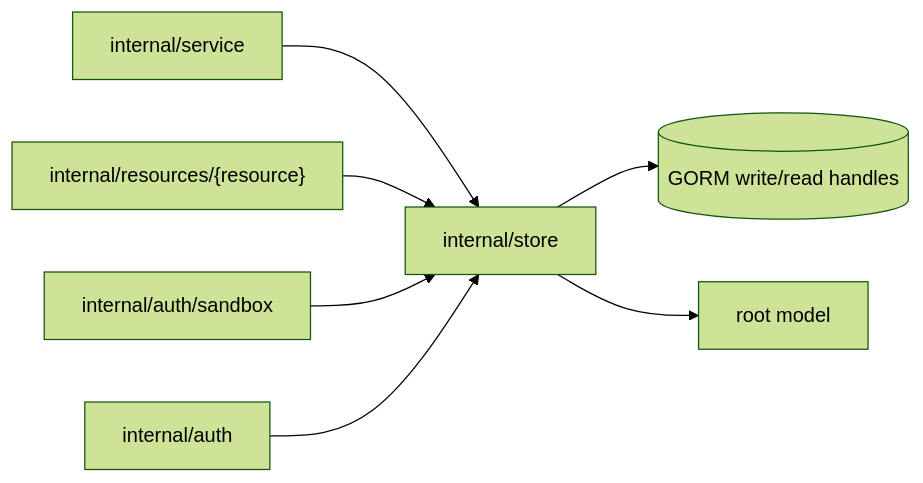
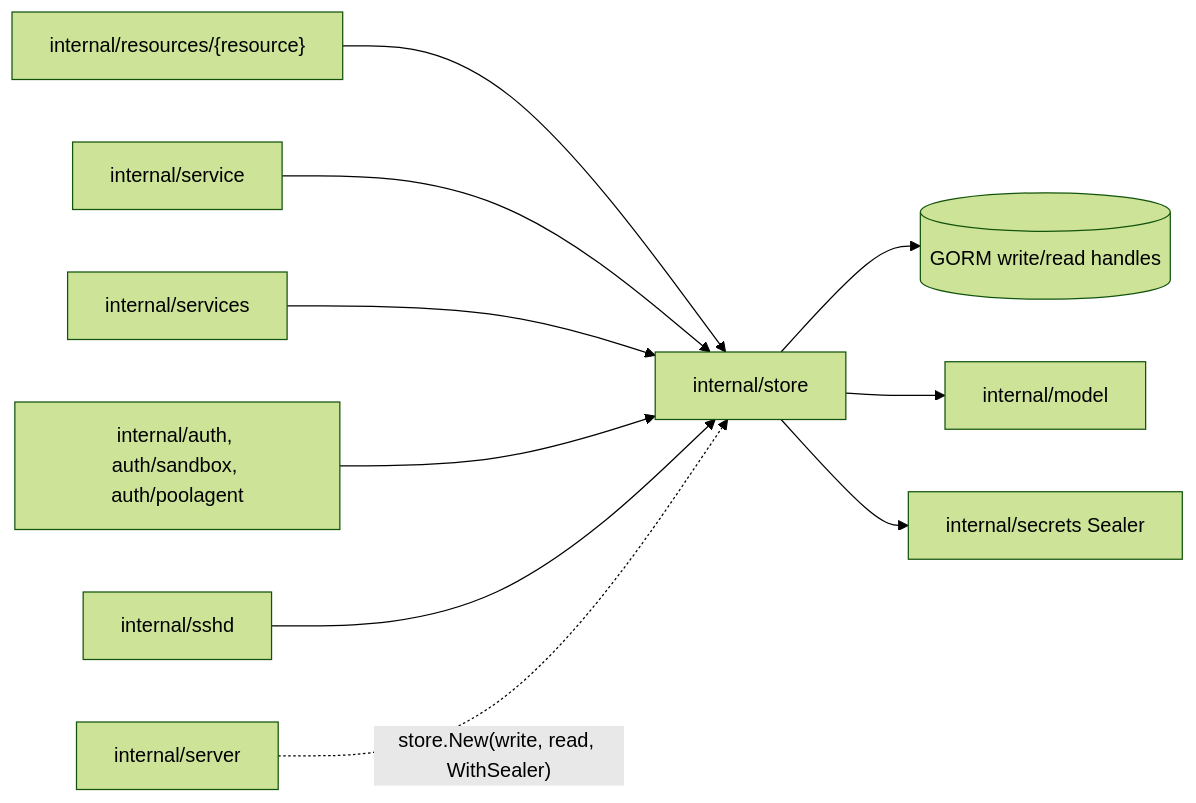
One commit to discobox-ai/discobox changed the first of 2 diagrams in server/internal/store/DESIGN.md. Above: the diagram before and after it, drawn with Mermaid (forest theme). The commit also changed other lines of this file and 37 other files, not shown here.

````diff
--- a/server/internal/store/DESIGN.md
+++ b/server/internal/store/DESIGN.md
@@ -9,9 +10,12 @@
 ```mermaid
 flowchart LR
-    service[internal/service] --> store[internal/store]
-    resources["internal/resources/{resource}"] --> store
-    auth[internal/auth/sandbox] --> store
-    authn[internal/auth] --> store
+    resources["internal/resources/{resource}"] --> store[internal/store]
+    service[internal/service] --> store
+    services[internal/services] --> store
+    auth["internal/auth, auth/sandbox, auth/poolagent"] --> store
+    sshd[internal/sshd] --> store
+    router[internal/server] -. "store.New(write, read, WithSealer)" .-> store
     store --> db[(GORM write/read handles)]
-    store --> model[root model]
+    store --> model[internal/model]
+    store --> secrets[internal/secrets Sealer]
 ```
````
